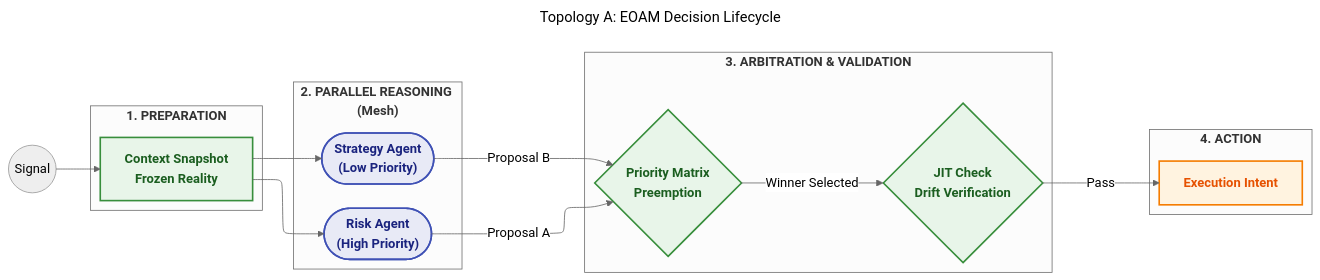
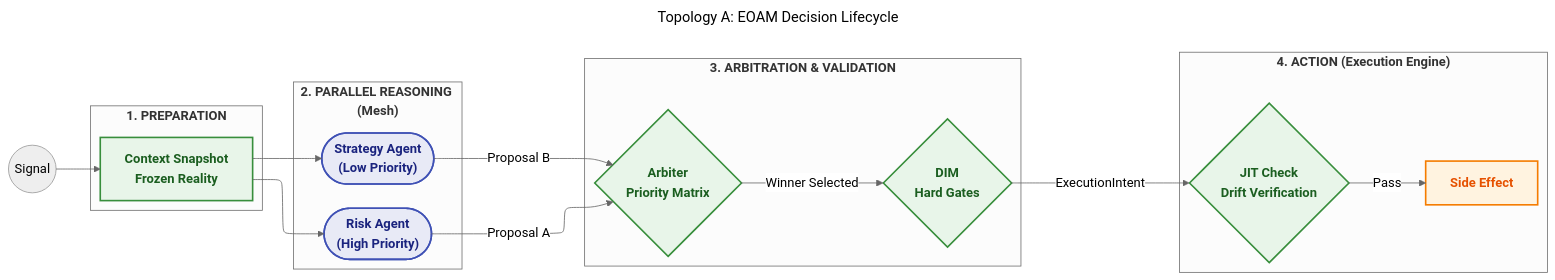
Before and after one commit to huka81/decision-intelligence-runtime: diagram 16 of 21 in docs/07-dir-minified/DIR-minified.md, drawn with Mermaid. The commit also changed other lines of this file and 4 other files, not shown here.

````diff
--- a/docs/07-dir-minified/DIR-minified.md
+++ b/docs/07-dir-minified/DIR-minified.md
@@ -1718,41 +1810,43 @@
 ```mermaid
 ---
 title: "Topology A: EOAM Decision Lifecycle"
 config:
   layout: elk
   theme: neutral
   look: classic
 ---
 flowchart LR
     classDef userSpace fill:#E8EAF6,stroke:#3F51B5,stroke-width:2px,color:#1A237E,font-weight:bold
     classDef kernelSpace fill:#E8F5E9,stroke:#388E3C,stroke-width:2px,color:#1B5E20,font-weight:bold
     classDef infraSpace fill:#FFF3E0,stroke:#F57C00,stroke-width:2px,color:#E65100,font-weight:bold
 
     Trigger((Signal)) --> Context
 
     subgraph Kernel_Prep ["`**1. PREPARATION**`"]
         Context["`**Context Snapshot**<br>Frozen Reality`"]:::kernelSpace
     end
 
     subgraph User_Reasoning ["`**2. PARALLEL REASONING (Mesh)**`"]
         direction TB
         Agent1(["`**Risk Agent**<br>(High Priority)`"]):::userSpace
         Agent2(["`**Strategy Agent**<br>(Low Priority)`"]):::userSpace
         Context --> Agent1
         Context --> Agent2
     end
 
     subgraph Kernel_Arbitration ["`**3. ARBITRATION & VALIDATION**`"]
-        Arbitrator{"`**Priority Matrix**<br>Preemption`"}:::kernelSpace
-        JIT{"`**JIT Check**<br>Drift Verification`"}:::kernelSpace
+        Arbitrator{"`**Arbiter**<br>Priority Matrix`"}:::kernelSpace
+        DIM{"`**DIM**<br>Hard Gates`"}:::kernelSpace
     end
 
-    subgraph Execution ["`**4. ACTION**`"]
-        Exec["`**Execution Intent**`"]:::infraSpace
+    subgraph Execution ["`**4. ACTION (Execution Engine)**`"]
+        JIT{"`**JIT Check**<br>Drift Verification`"}:::kernelSpace
+        Exec["`**Side Effect**`"]:::infraSpace
     end
 
     Agent1 -->|Proposal A| Arbitrator
     Agent2 -->|Proposal B| Arbitrator
-    Arbitrator -->|Winner Selected| JIT
+    Arbitrator -->|Winner Selected| DIM
+    DIM -->|ExecutionIntent| JIT
     JIT -->|Pass| Exec
 ```
````
